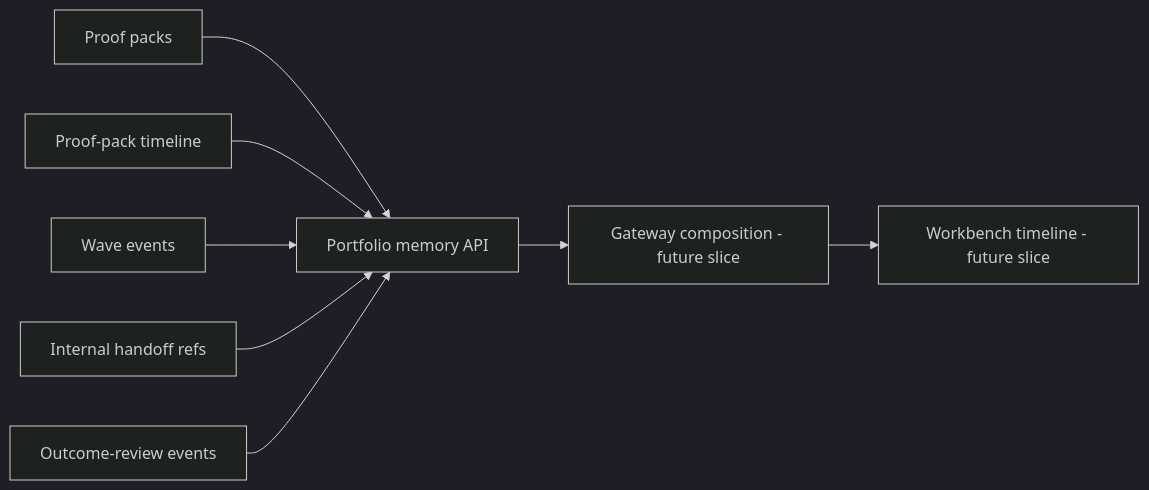
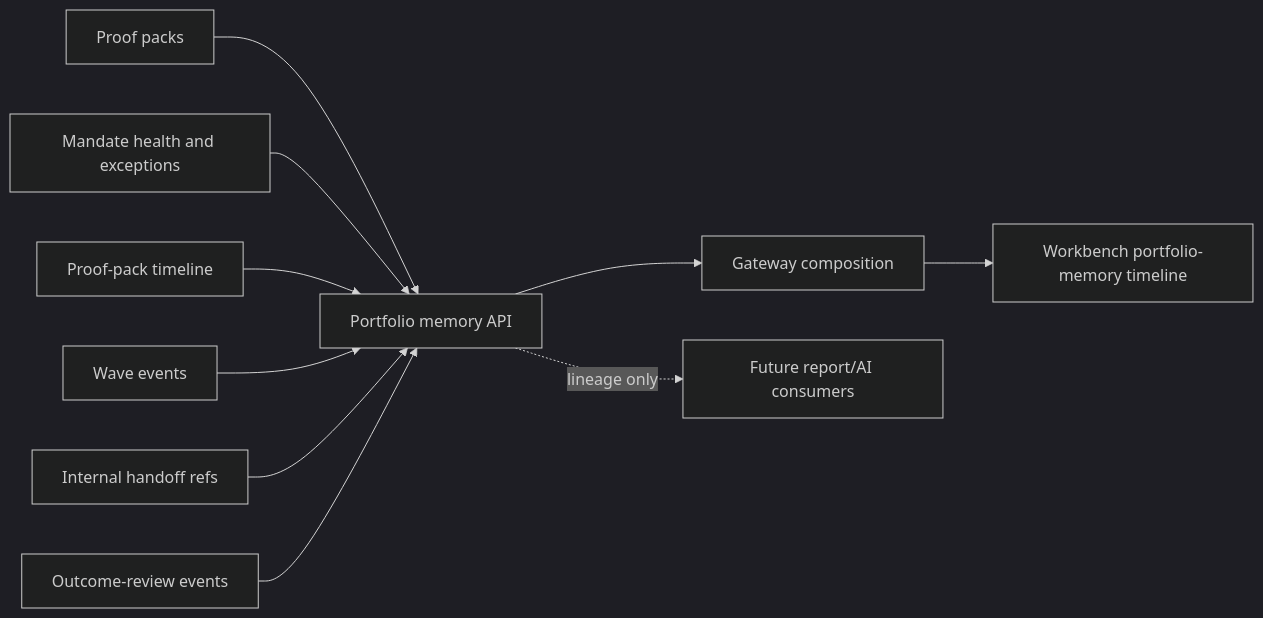
One commit to sgajbi/lotus-manage changed the eighth of 8 diagrams in wiki/Endpoint-Certification.md. Above: the diagram before and after it, drawn with Mermaid (dark theme). The commit also changed other lines of this file and 8 other files, not shown here.

Commit message:
Add portfolio memory event governance policy

````diff
--- a/wiki/Endpoint-Certification.md
+++ b/wiki/Endpoint-Certification.md
@@ -1879,10 +1884,12 @@
 ```mermaid
 flowchart LR
     Proof[Proof packs] --> Memory[Portfolio memory API]
+    Mandates[Mandate health and exceptions] --> Memory
     Timeline[Proof-pack timeline] --> Memory
     Waves[Wave events] --> Memory
     Handoff[Internal handoff refs] --> Memory
     Outcomes[Outcome-review events] --> Memory
-    Memory --> Gateway[Gateway composition - future slice]
-    Gateway --> Workbench[Workbench timeline - future slice]
+    Memory --> Gateway[Gateway composition]
+    Gateway --> Workbench[Workbench portfolio-memory timeline]
+    Memory -. lineage only .-> ReportAI[Future report/AI consumers]
 ```
````
